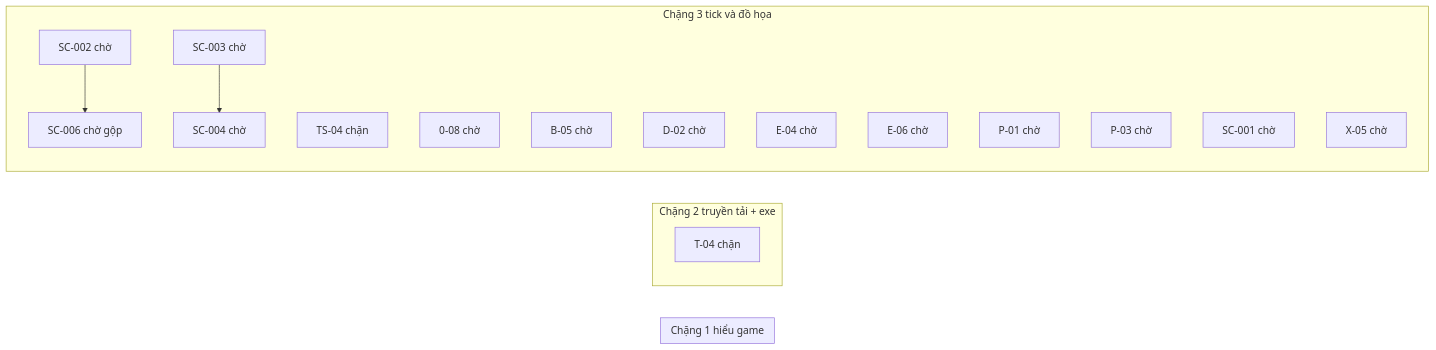
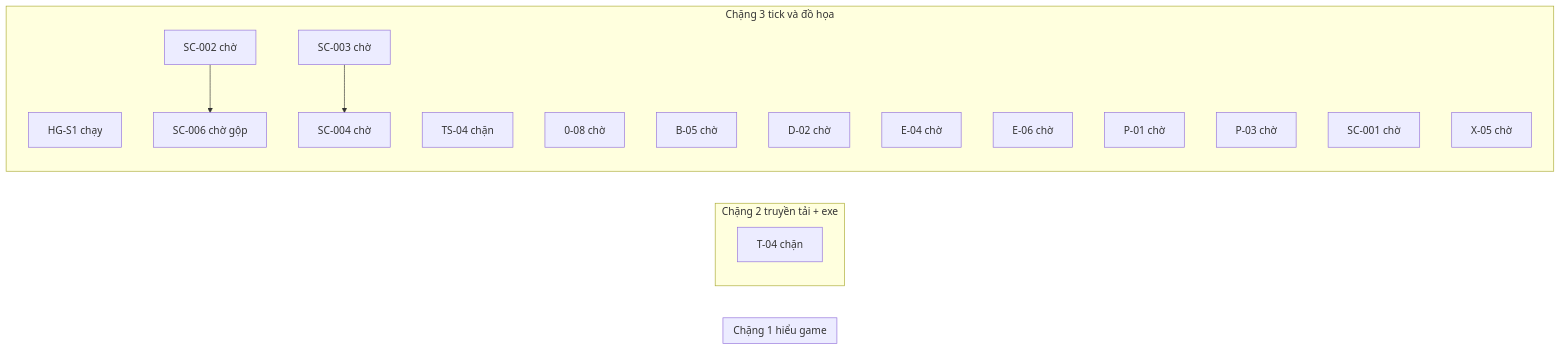
One commit to ndtangoss-dev/jx1-reports changed the diagram in JX1_OPS/STATE/TIEN-DO.md. Above: the diagram before and after it, drawn with Mermaid. The commit also changed other lines of this file and 4 other files, not shown here.

````diff
--- a/JX1_OPS/STATE/TIEN-DO.md
+++ b/JX1_OPS/STATE/TIEN-DO.md
@@ -9,26 +9,27 @@
 ```mermaid
 flowchart LR
   subgraph S1["Chặng 1 hiểu game"]
   end
   subgraph S2["Chặng 2 truyền tải + exe"]
     T_04["T-04 chặn"]
   end
   subgraph S3["Chặng 3 tick và đồ họa"]
+    HG_S1["HG-S1 chạy"]
     SC_006["SC-006 chờ gộp"]
     TS_04["TS-04 chặn"]
     0_08["0-08 chờ"]
     B_05["B-05 chờ"]
     D_02["D-02 chờ"]
     E_04["E-04 chờ"]
     E_06["E-06 chờ"]
     P_01["P-01 chờ"]
     P_03["P-03 chờ"]
     SC_001["SC-001 chờ"]
     SC_002["SC-002 chờ"]
     SC_003["SC-003 chờ"]
     SC_004["SC-004 chờ"]
     X_05["X-05 chờ"]
   end
   SC_002 --> SC_006
   SC_003 --> SC_004
 ```
````
